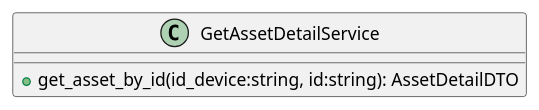
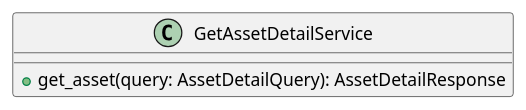
Before and after one commit to GroupRubberDuck/Documentazione: the diagram in src/PB/DocumentazioneEsterna/Specifica_Tecnica/content/uml/puml/Diagrammi_classi/Backend/ApplicationServices/GetAssetDetailService.puml, drawn with PlantUML. The commit also changed 5 other files, not shown here.

Commit message:
Feat: diagrammi dashboard

```diff
--- a/src/PB/DocumentazioneEsterna/Specifica_Tecnica/content/uml/puml/Diagrammi_classi/Backend/ApplicationServices/GetAssetDetailService.puml
+++ b/src/PB/DocumentazioneEsterna/Specifica_Tecnica/content/uml/puml/Diagrammi_classi/Backend/ApplicationServices/GetAssetDetailService.puml
@@ -1,7 +1,7 @@
 @startuml GetAssetDetailService
 
 class  GetAssetDetailService{
-    + get_asset_by_id(id_device:string, id:string): AssetDetailDTO
+    + get_asset(query: AssetDetailQuery): AssetDetailResponse
 }
 
 @enduml
```
